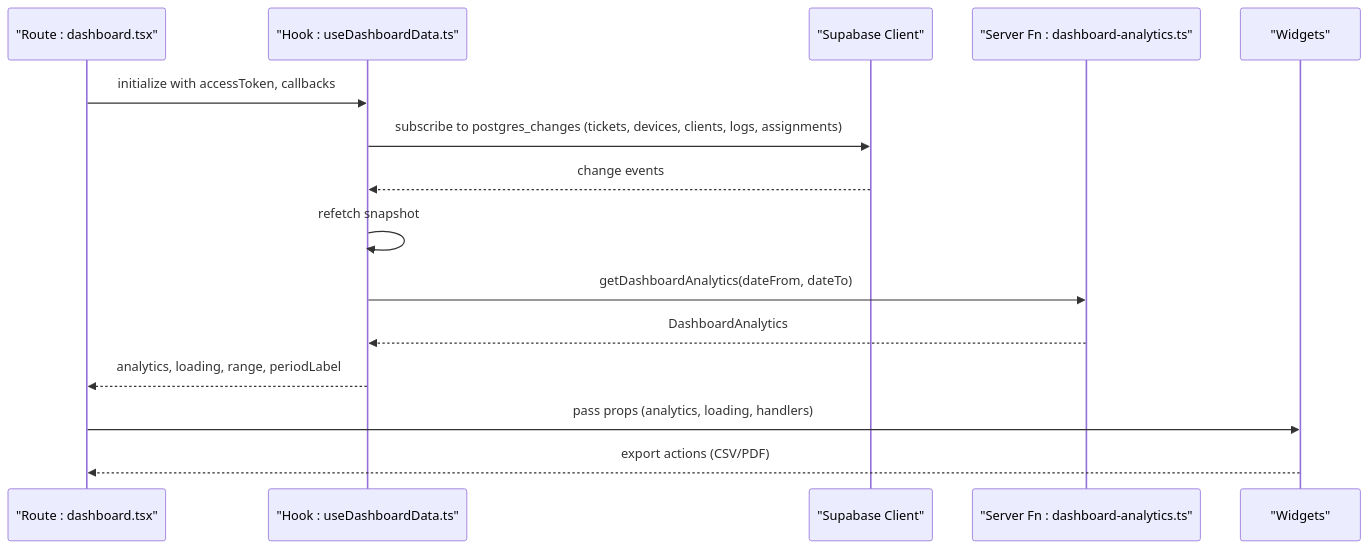
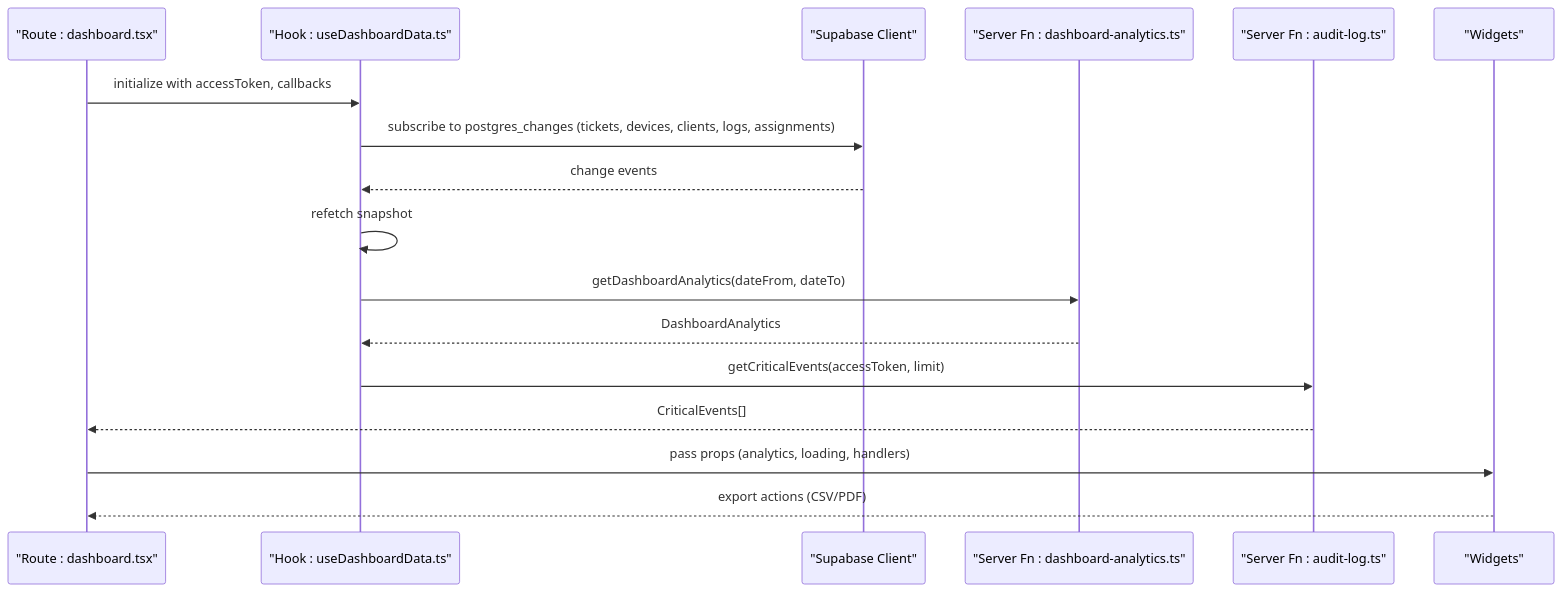
One commit to gastaldellomarco/pcReady changed the second of 9 diagrams in .qoder/repowiki/en/content/Analytics and Reporting/Dashboard Widgets and Analytics Cards.md. Above: the diagram before and after it, drawn with Mermaid. The commit also changed other lines of this file and 4 other files, not shown here.

````diff
--- a/.qoder/repowiki/en/content/Analytics and Reporting/Dashboard Widgets and Analytics Cards.md
+++ b/.qoder/repowiki/en/content/Analytics and Reporting/Dashboard Widgets and Analytics Cards.md
@@ -142,17 +149,19 @@
 ```mermaid
 sequenceDiagram
 participant Route as "Route : dashboard.tsx"
 participant Hook as "Hook : useDashboardData.ts"
 participant Supabase as "Supabase Client"
 participant ServerFn as "Server Fn : dashboard-analytics.ts"
+participant AuditLog as "Server Fn : audit-log.ts"
 participant Widgets as "Widgets"
 Route->>Hook : initialize with accessToken, callbacks
 Hook->>Supabase : subscribe to postgres_changes (tickets, devices, clients, logs, assignments)
 Supabase-->>Hook : change events
 Hook->>Hook : refetch snapshot
 Hook->>ServerFn : getDashboardAnalytics(dateFrom, dateTo)
 ServerFn-->>Hook : DashboardAnalytics
-Hook-->>Route : analytics, loading, range, periodLabel
+Hook->>AuditLog : getCriticalEvents(accessToken, limit)
+AuditLog-->>Route : CriticalEvents[]
 Route->>Widgets : pass props (analytics, loading, handlers)
 Widgets-->>Route : export actions (CSV/PDF)
 ```
````
